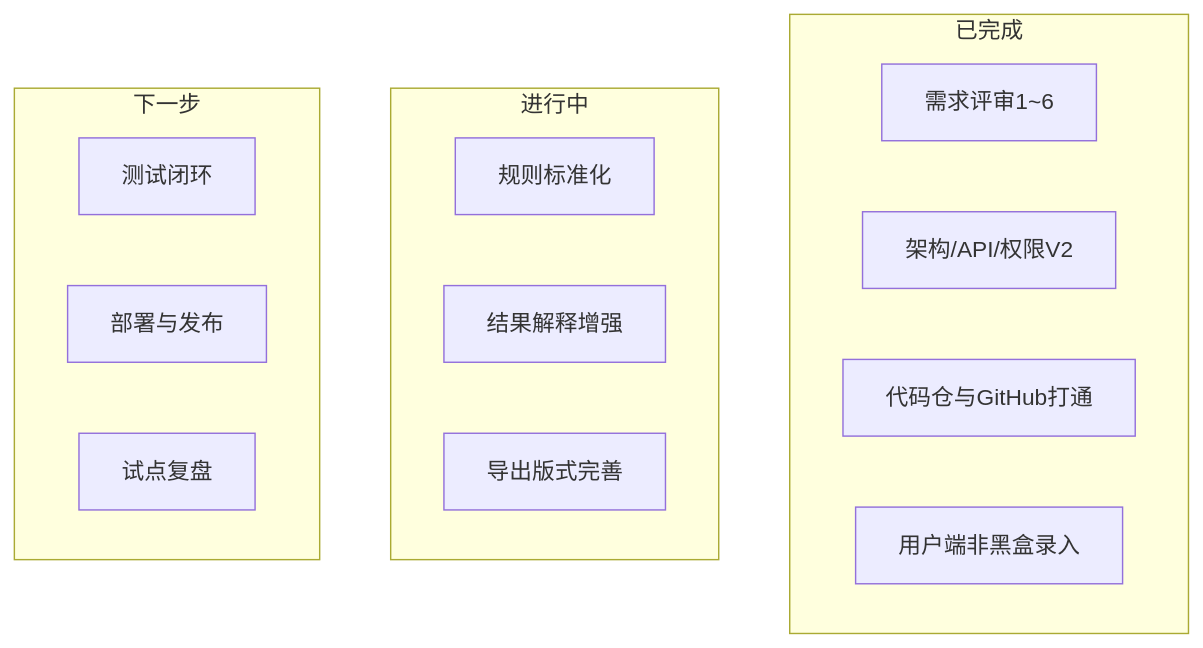
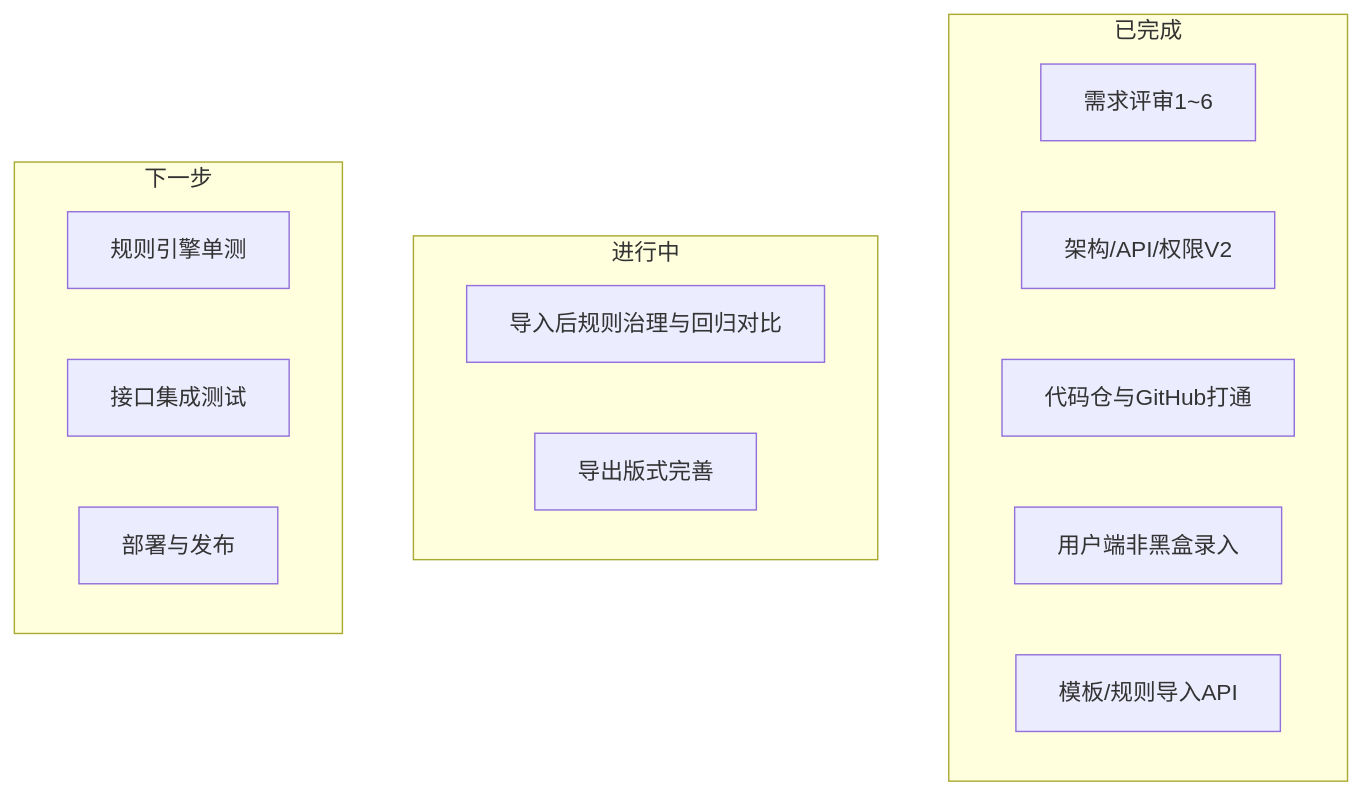
Before and after one commit to mjlkevin/Workload-evaluation-system: the fifth of 5 diagrams in 对话流程总结/对话流程与里程碑总览.md, drawn with Mermaid. The commit also changed other lines of this file and 19 other files, not shown here.

First line of the commit message:
feat: complete API-driven assessment flow and quality toolkit

````diff
--- a/对话流程总结/对话流程与里程碑总览.md
+++ b/对话流程总结/对话流程与里程碑总览.md
@@ -169,19 +178,19 @@
 ```mermaid
 flowchart TB
     subgraph Done[已完成]
       D1[需求评审1~6]
       D2[架构/API/权限V2]
       D3[代码仓与GitHub打通]
       D4[用户端非黑盒录入]
+      D5[模板/规则导入API]
     end
     subgraph Doing[进行中]
-      G1[规则标准化]
-      G2[结果解释增强]
-      G3[导出版式完善]
+      G1[导入后规则治理与回归对比]
+      G2[导出版式完善]
     end
     subgraph Next[下一步]
-      N1[测试闭环]
-      N2[部署与发布]
-      N3[试点复盘]
+      N1[规则引擎单测]
+      N2[接口集成测试]
+      N3[部署与发布]
     end
 ```
````
